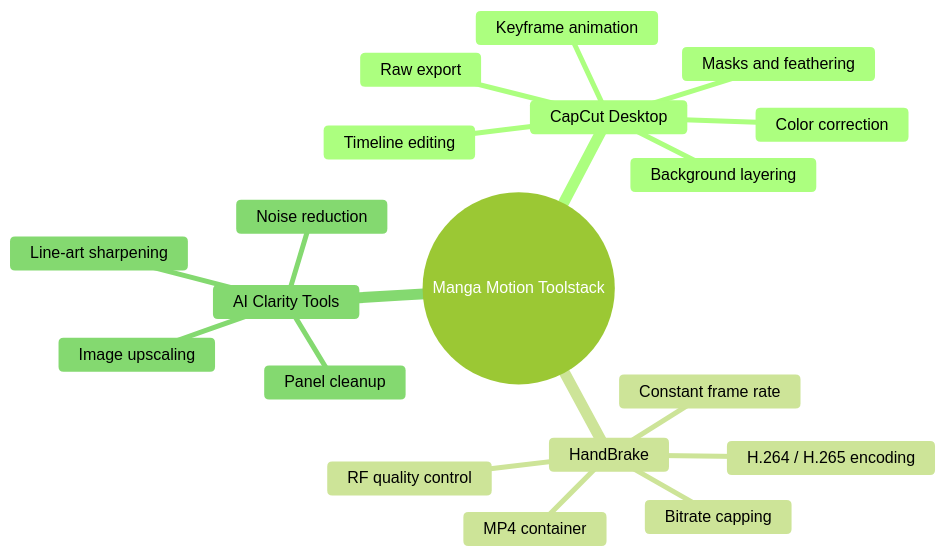
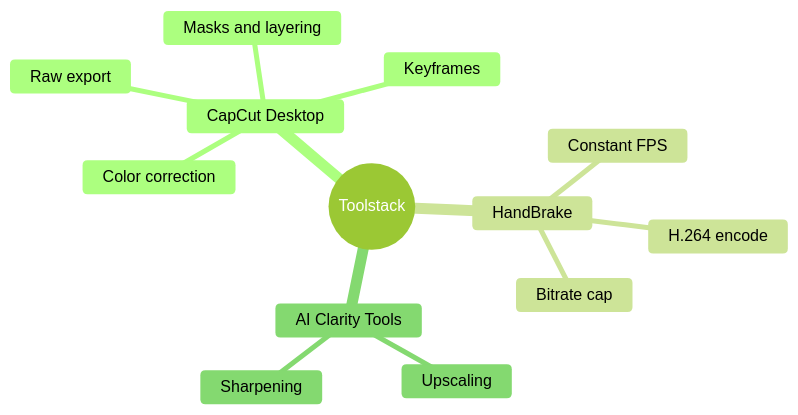
Before and after one commit to Stephanie0i/manga-motion-optimization-pipeline: the second of 5 diagrams in README.md, drawn with Mermaid (forest theme). The commit also changed other lines of this file, not shown here.

First line of the commit message:
Revise README for Manga Motion Optimization Pipeline

````diff
--- a/README.md
+++ b/README.md
@@ -83,22 +29,16 @@
 ```mermaid
 mindmap
-  root((Manga Motion Toolstack))
+  root((Toolstack))
     CapCut Desktop
-      Timeline editing
-      Keyframe animation
-      Masks and feathering
       Color correction
-      Background layering
+      Masks and layering
+      Keyframes
       Raw export
     HandBrake
-      Constant frame rate
-      H.264 / H.265 encoding
-      RF quality control
-      Bitrate capping
-      MP4 container
+      Constant FPS
+      H.264 encode
+      Bitrate cap
     AI Clarity Tools
-      Image upscaling
-      Line-art sharpening
-      Noise reduction
-      Panel cleanup
+      Upscaling
+      Sharpening
 ```
````
